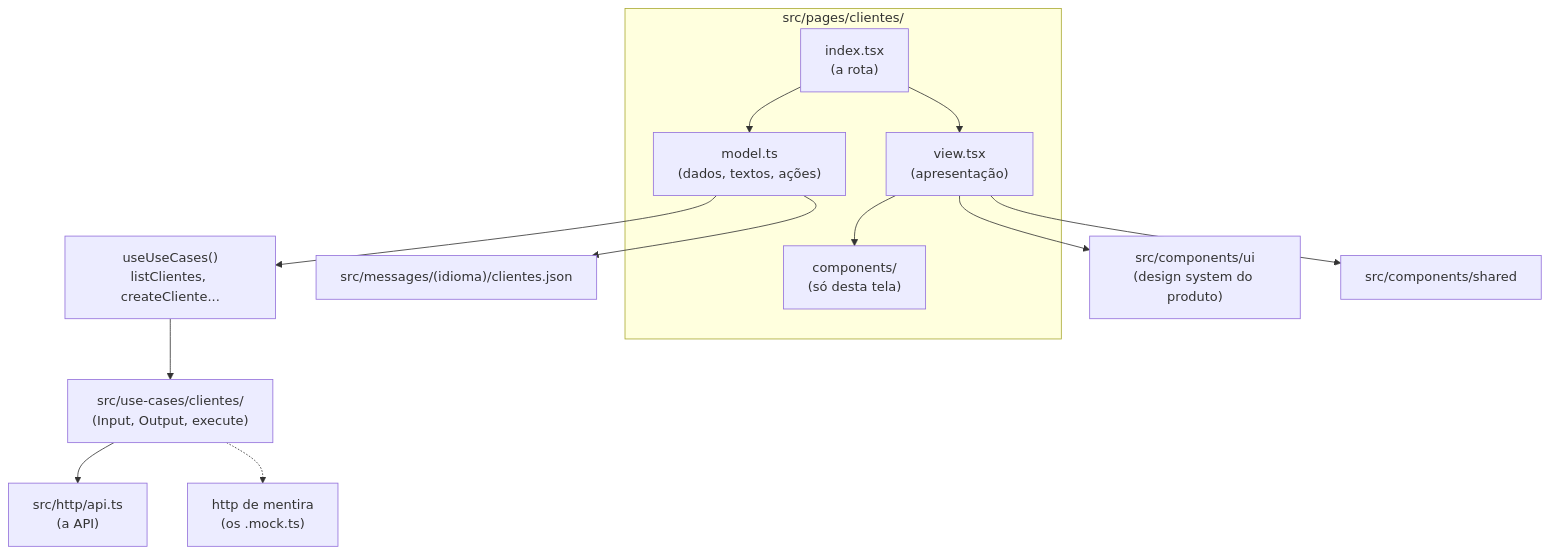
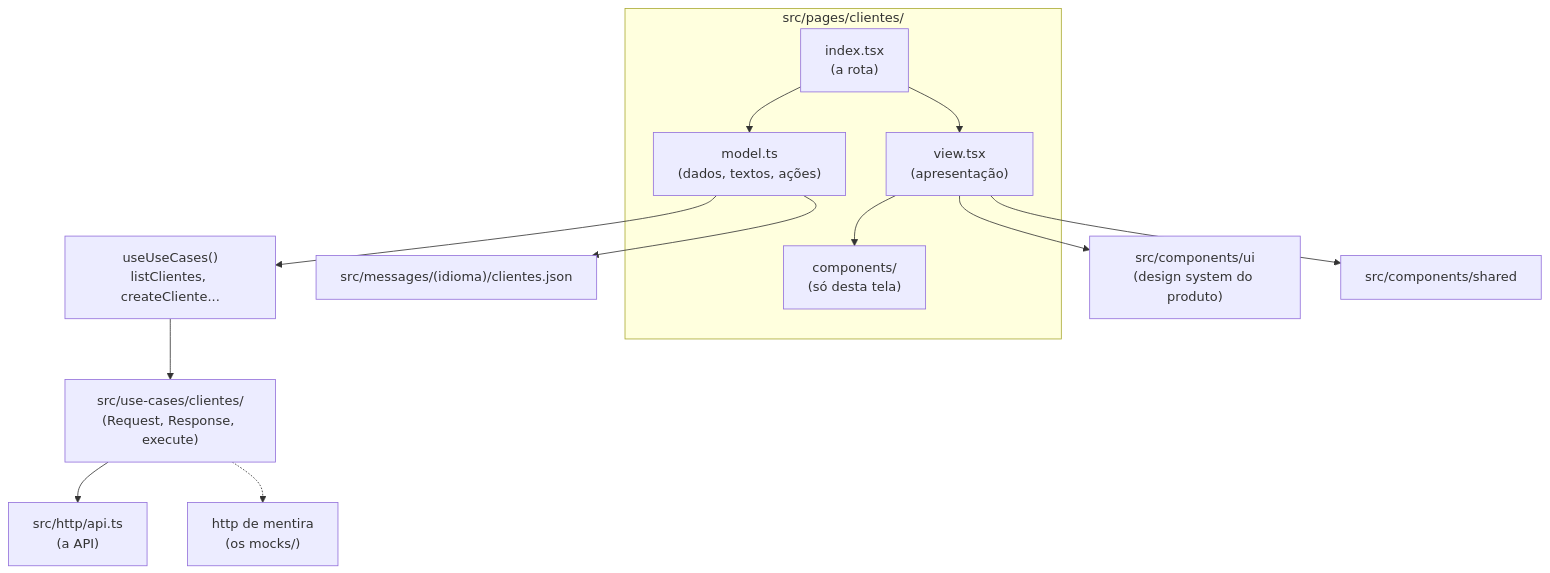
Before and after one commit to matizze/prumo: the first of 2 diagrams in docs/concepts/architecture.md, drawn with Mermaid. The commit also changed other lines of this file and 71 other files, not shown here.

````diff
--- a/docs/concepts/architecture.md
+++ b/docs/concepts/architecture.md
@@ -38,19 +38,19 @@
 ```mermaid
 flowchart TB
   subgraph tela["src/pages/clientes/"]
     index["index.tsx<br/>(a rota)"]
     model["model.ts<br/>(dados, textos, ações)"]
     view["view.tsx<br/>(apresentação)"]
     comps["components/<br/>(só desta tela)"]
   end
   index --> model
   index --> view
   view --> comps
   model --> uc["useUseCases()<br/>listClientes, createCliente..."]
   model --> m["src/messages/(idioma)/clientes.json"]
-  uc --> uca["src/use-cases/clientes/<br/>(Input, Output, execute)"]
+  uc --> uca["src/use-cases/clientes/<br/>(Request, Response, execute)"]
   uca --> http["src/http/api.ts<br/>(a API)"]
-  uca -.-> mock["http de mentira<br/>(os .mock.ts)"]
+  uca -.-> mock["http de mentira<br/>(os mocks/)"]
   view --> ui["src/components/ui<br/>(design system do produto)"]
   view --> shared["src/components/shared"]
 ```
````
